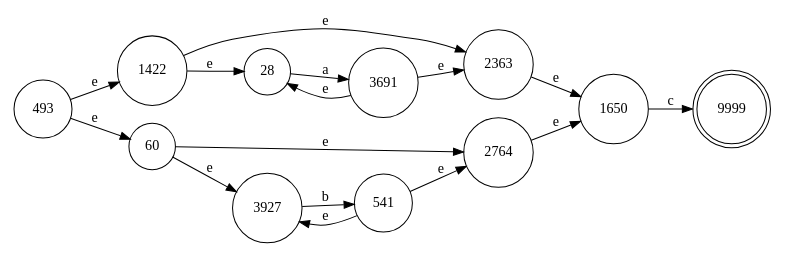
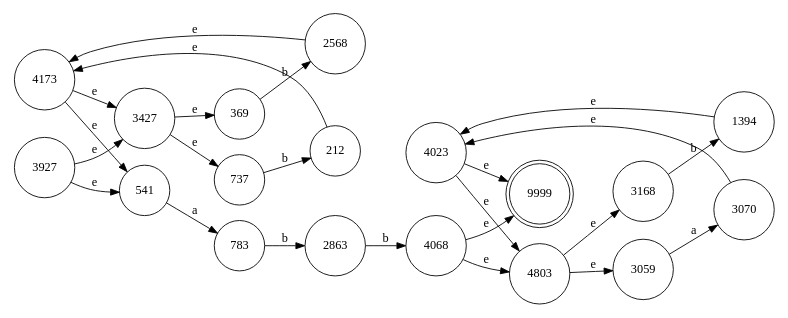
The diagram in thompson.gv (paulbelches/scannerAndParserGenerator), drawn with Graphviz before and after one commit. The commit also changed 10 other files, not shown here.

```diff
--- a/thompson.gv
+++ b/thompson.gv
@@ -1,36 +1,52 @@
 digraph finite_state_machine {
 	rankdir=LR size="8,5"
 	node [shape=doublecircle]
 	9999
 	node [shape=circle]
-	1422 -> 2363 [label=e
+	1394 -> 4023 [label=e
 ]
-	1422 -> 28 [label=e
+	212 -> 4173 [label=e
 ]
-	1650 -> 9999 [label=c
+	2568 -> 4173 [label=e
 ]
-	2363 -> 1650 [label=e
+	2863 -> 4068 [label=b
 ]
-	2764 -> 1650 [label=e
+	3059 -> 3070 [label=a
 ]
-	28 -> 3691 [label=a
+	3070 -> 4023 [label=e
 ]
-	3691 -> 2363 [label=e
+	3168 -> 1394 [label=b
 ]
-	3691 -> 28 [label=e
+	3427 -> 369 [label=e
 ]
-	3927 -> 541 [label=b
+	3427 -> 737 [label=e
 ]
-	493 -> 1422 [label=e
+	369 -> 2568 [label=b
 ]
-	493 -> 60 [label=e
+	3927 -> 3427 [label=e
 ]
-	541 -> 2764 [label=e
+	3927 -> 541 [label=e
 ]
-	541 -> 3927 [label=e
+	4023 -> 4803 [label=e
 ]
-	60 -> 2764 [label=e
+	4023 -> 9999 [label=e
 ]
-	60 -> 3927 [label=e
+	4068 -> 4803 [label=e
+]
+	4068 -> 9999 [label=e
+]
+	4173 -> 3427 [label=e
+]
+	4173 -> 541 [label=e
+]
+	4803 -> 3059 [label=e
+]
+	4803 -> 3168 [label=e
+]
+	541 -> 783 [label=a
+]
+	737 -> 212 [label=b
+]
+	783 -> 2863 [label=b
 ]
 }
```
